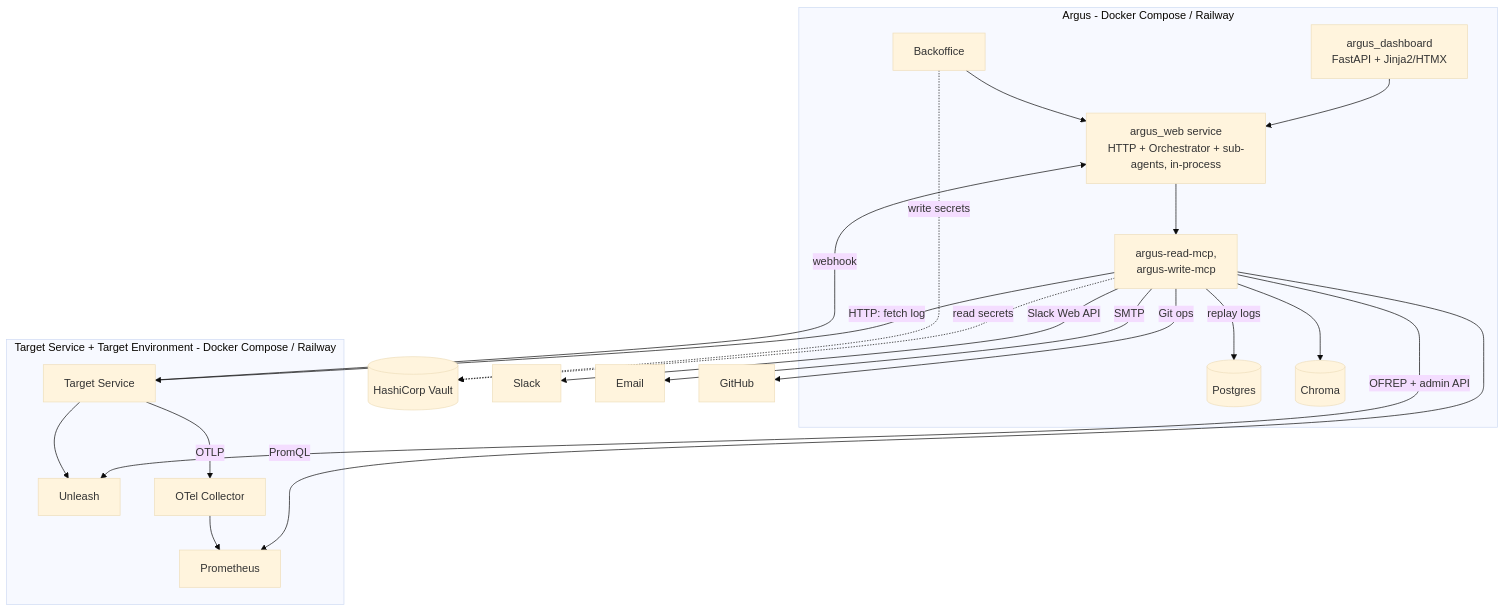
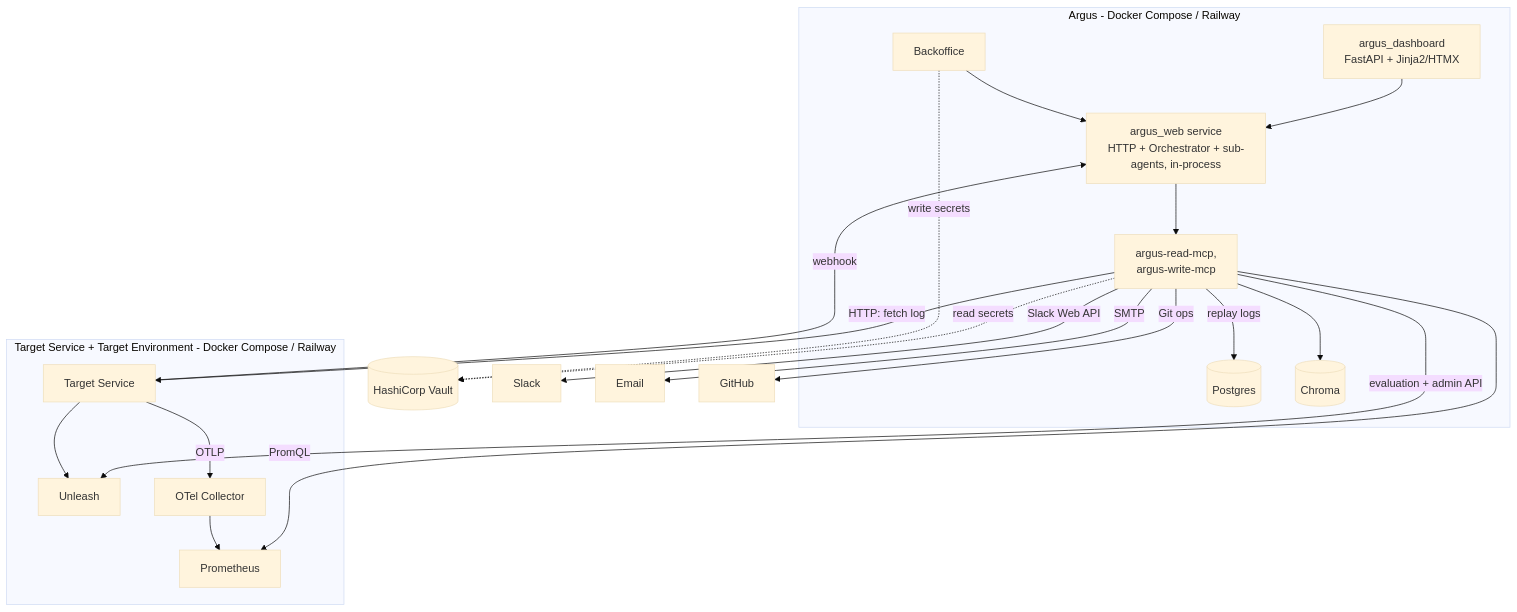
The fifth of 5 diagrams in docs/spec-and-architecture.md (ohadraz/Argus), drawn with Mermaid (base theme) before and after one commit. The commit also changed other lines of this file and 5 other files, not shown here.

````diff
--- a/docs/spec-and-architecture.md
+++ b/docs/spec-and-architecture.md
@@ -580,35 +586,35 @@
 ```mermaid
 flowchart TB
     subgraph ArgusDeploy["Argus - Docker Compose / Railway"]
         WEB[argus_web service<br/>HTTP + Orchestrator + sub-agents, in-process]
         MCPS[argus-read-mcp,<br/>argus-write-mcp]
         PG[(Postgres)]
         CHROMA[(Chroma)]
         FE[argus_dashboard<br/>FastAPI + Jinja2/HTMX]
         BO[Backoffice]
     end
     subgraph TargetDeploy["Target Service + Target Environment - Docker Compose / Railway"]
         TS[Target Service]
         UNLEASH[Unleash]
         OTELCOL[OTel Collector]
         PROM[Prometheus]
     end
     VAULT[(HashiCorp Vault)]
 
     TS -->|webhook| WEB
     WEB --> MCPS
     MCPS -->|replay logs| PG
     MCPS --> CHROMA
-    MCPS -->|OFREP + admin API| UNLEASH
+    MCPS -->|evaluation + admin API| UNLEASH
     MCPS -->|PromQL| PROM
     MCPS -->|HTTP: fetch log| TS
     MCPS -->|Slack Web API| ExternalSlack[Slack]
     MCPS -->|SMTP| ExternalMail[Email]
     MCPS -->|Git ops| ExternalGH[GitHub]
     MCPS -.->|read secrets| VAULT
     BO -.->|write secrets| VAULT
     TS --> UNLEASH
     TS -->|OTLP| OTELCOL --> PROM
     FE --> WEB
     BO --> WEB
 ```
````
